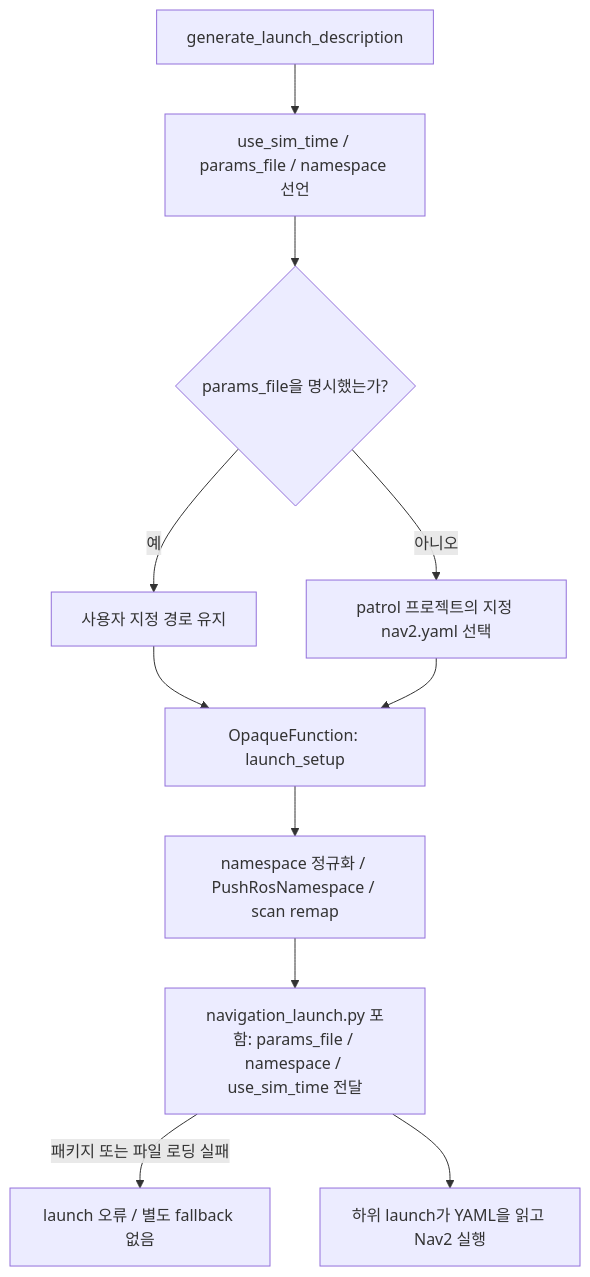
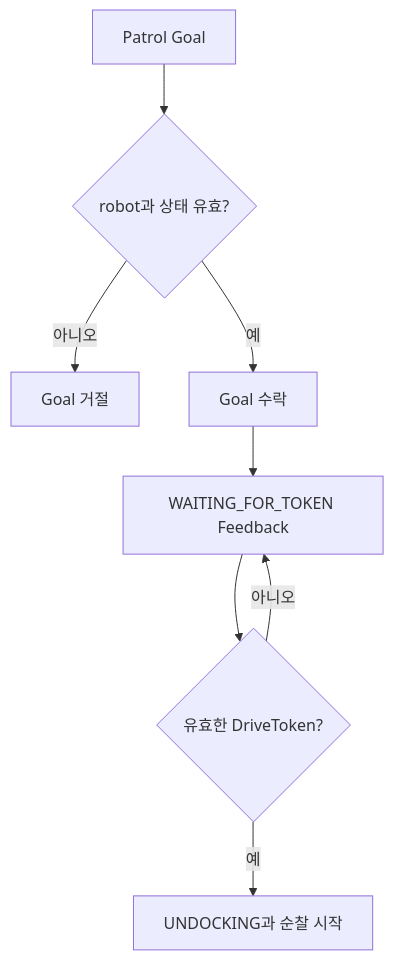
Before and after one commit to suuuhululu/patrol: the first of 3 diagrams in docs/amr.md, drawn with Mermaid. The commit also changed other lines of this file and 16 other files, not shown here.

````diff
--- a/docs/amr.md
+++ b/docs/amr.md
@@ -113,13 +50,10 @@
 ```mermaid
 flowchart TD
-    G[generate_launch_description] --> A[use_sim_time / params_file / namespace 선언]
-    A --> P{params_file을 명시했는가?}
-    P -->|예| O[사용자 지정 경로 유지]
-    P -->|아니오| D[patrol 프로젝트의 지정 nav2.yaml 선택]
-    O --> L[OpaqueFunction: launch_setup]
-    D --> L
-    L --> N[namespace 정규화 / PushRosNamespace / scan remap]
-    N --> I[navigation_launch.py 포함: params_file / namespace / use_sim_time 전달]
-    I -->|패키지 또는 파일 로딩 실패| E[launch 오류 / 별도 fallback 없음]
-    I --> R[하위 launch가 YAML을 읽고 Nav2 실행]
+    G[Patrol Goal] --> V{robot과 상태 유효?}
+    V -->|아니오| R[Goal 거절]
+    V -->|예| A[Goal 수락]
+    A --> W[WAITING_FOR_TOKEN Feedback]
+    W --> T{유효한 DriveToken?}
+    T -->|아니오| W
+    T -->|예| U[UNDOCKING과 순찰 시작]
 ```
````
